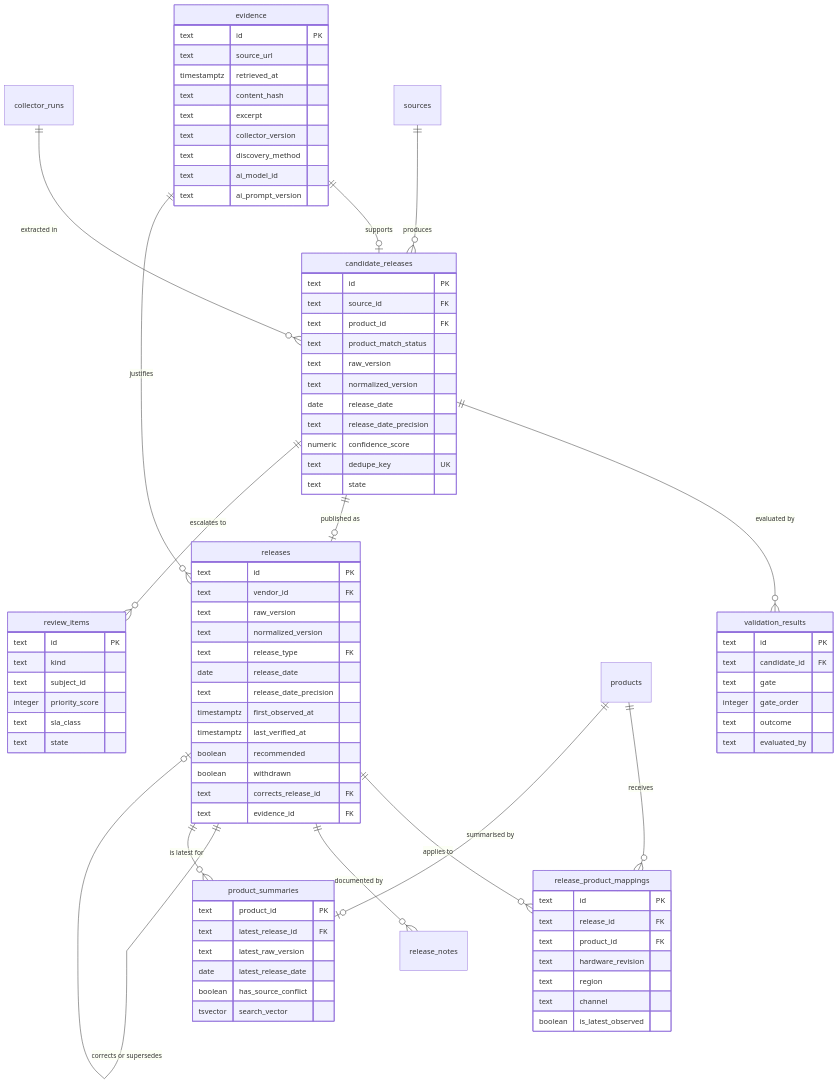
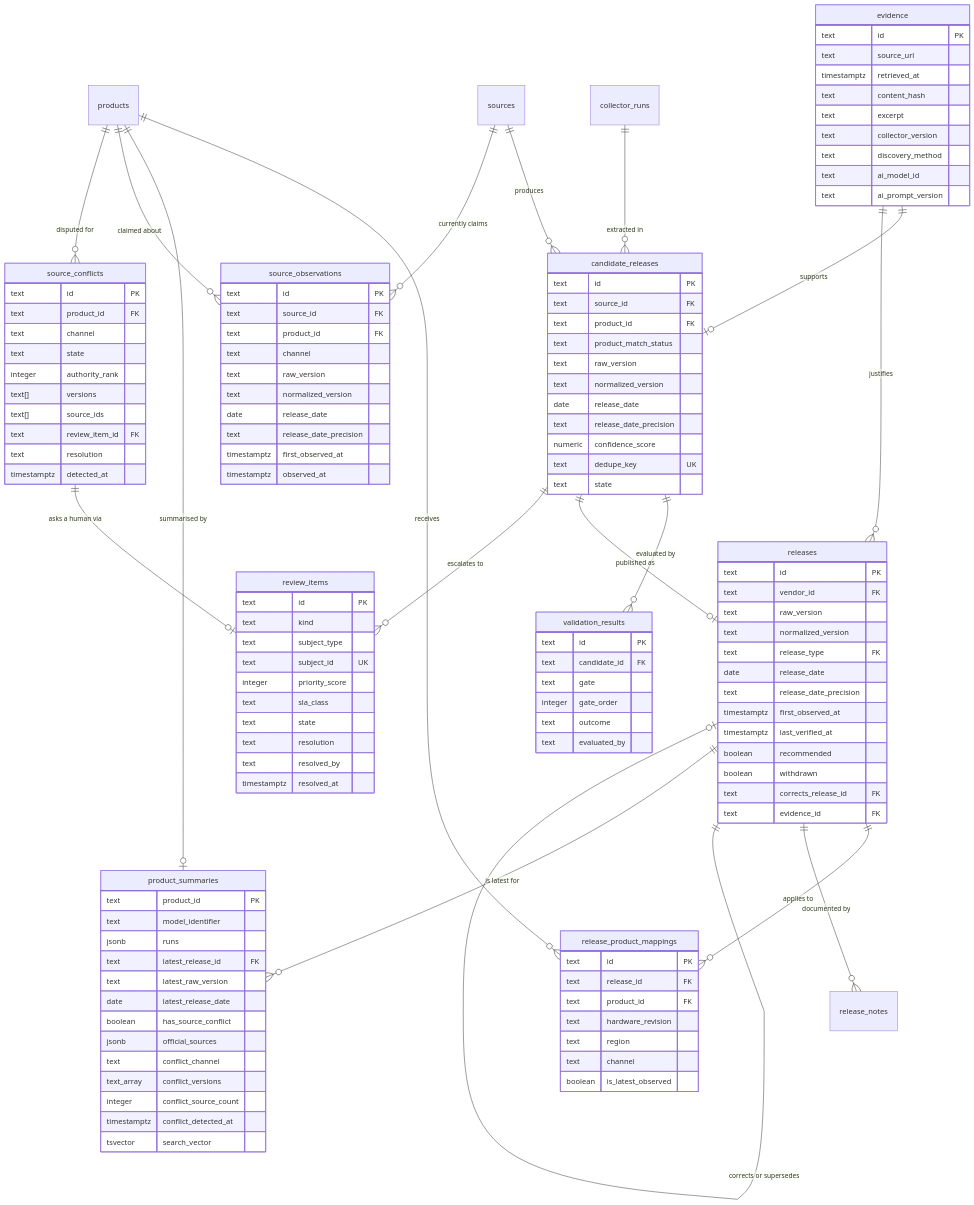
Before and after one commit to macimottin/firmscout: the second of 3 diagrams in docs/diagrams/data-model.md, drawn with Mermaid. The commit also changed other lines of this file and 29 other files, not shown here.

````diff
--- a/docs/diagrams/data-model.md
+++ b/docs/diagrams/data-model.md
@@ -110,6 +128,10 @@
     products ||--o| product_summaries : "summarised by"
     releases ||--o{ product_summaries : "is latest for"
     candidate_releases ||--o{ review_items : "escalates to"
+    sources ||--o{ source_observations : "currently claims"
+    products ||--o{ source_observations : "claimed about"
+    products ||--o{ source_conflicts : "disputed for"
+    source_conflicts ||--o| review_items : "asks a human via"
 
     candidate_releases {
         text id PK
@@ -169,18 +191,53 @@
     }
     product_summaries {
         text product_id PK
+        text model_identifier
+        jsonb runs
         text latest_release_id FK
         text latest_raw_version
         date latest_release_date
         boolean has_source_conflict
+        jsonb official_sources
+        text conflict_channel
+        text_array conflict_versions
+        integer conflict_source_count
+        timestamptz conflict_detected_at
         tsvector search_vector
     }
     review_items {
         text id PK
         text kind
-        text subject_id
+        text subject_type
+        text subject_id UK
         integer priority_score
         text sla_class
         text state
+        text resolution
+        text resolved_by
+        timestamptz resolved_at
+    }
+    source_observations {
+        text id PK
+        text source_id FK
+        text product_id FK
+        text channel
+        text raw_version
+        text normalized_version
+        date release_date
+        text release_date_precision
+        timestamptz first_observed_at
+        timestamptz observed_at
+    }
+    source_conflicts {
+        text id PK
+        text product_id FK
+        text channel
+        text state
+        integer authority_rank
+        text[] versions
+        text[] source_ids
+        text review_item_id FK
+        text resolution
+        timestamptz detected_at
     }
 ```
````
